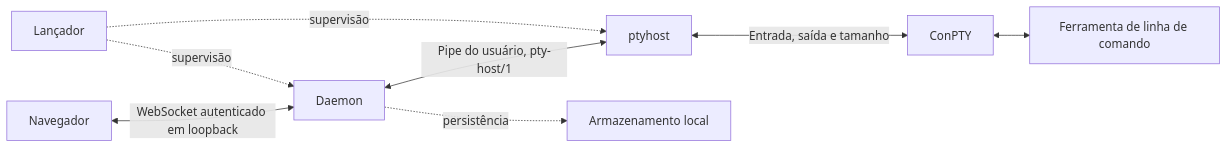
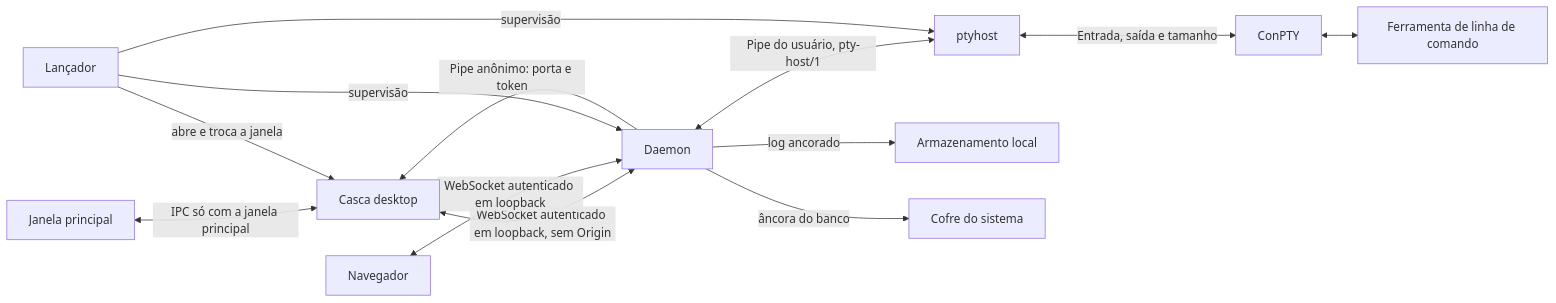
One commit to n33miaz/ai-develop-setup changed the diagram in docs/architecture.md. Above: the diagram before and after it, drawn with Mermaid. The commit also changed other lines of this file, not shown here.

Commit message:
docs(process): show desktop shell in architecture

````diff
--- a/docs/architecture.md
+++ b/docs/architecture.md
@@ -5,17 +5,25 @@
 ```mermaid
 flowchart LR
+    Window["Janela principal"]
+    Shell["Casca desktop"]
     Browser["Navegador"]
     Daemon["Daemon"]
     Host["ptyhost"]
     Terminal["ConPTY"]
     Tool["Ferramenta de linha de comando"]
     Launcher["Lançador"]
     Storage["Armazenamento local"]
+    Vault["Cofre do sistema"]
+    Window <-->|IPC só com a janela principal| Shell
+    Daemon -->|Pipe anônimo: porta e token| Shell
+    Shell <-->|WebSocket autenticado em loopback, sem Origin| Daemon
     Browser <-->|WebSocket autenticado em loopback| Daemon
     Daemon <-->|Pipe do usuário, pty-host/1| Host
     Host <-->|Entrada, saída e tamanho| Terminal
     Terminal <--> Tool
-    Launcher -. supervisão .-> Daemon
-    Launcher -. supervisão .-> Host
-    Daemon -. persistência .-> Storage
+    Launcher -->|supervisão| Daemon
+    Launcher -->|supervisão| Host
+    Launcher -->|abre e troca a janela| Shell
+    Daemon -->|log ancorado| Storage
+    Daemon -->|âncora do banco| Vault
 ```
````
